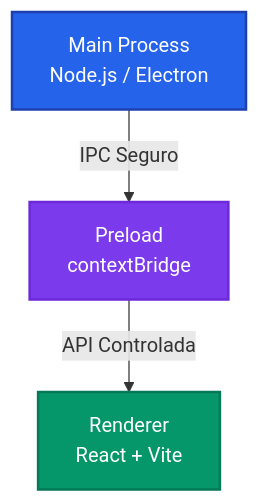
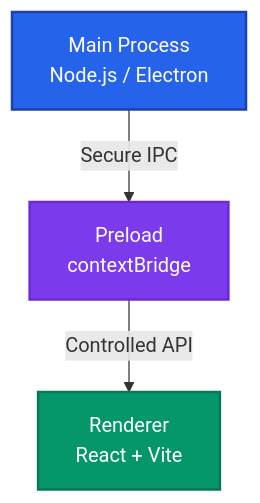
Before and after one commit to MohamedMusthaque/CeroCloud-Desktop: the first of 8 diagrams in docs/ARCHITECTURE.md, drawn with Mermaid. The commit also changed other lines of this file and 17 other files, not shown here.

````diff
--- a/docs/ARCHITECTURE.md
+++ b/docs/ARCHITECTURE.md
@@ -19,9 +19,9 @@
 ```mermaid
 graph TB
-    A[Main Process<br/>Node.js / Electron] -->|IPC Seguro| B[Preload<br/>contextBridge]
-    B -->|API Controlada| C[Renderer<br/>React + Vite]
+    A[Main Process<br/>Node.js / Electron] -->|Secure IPC| B[Preload<br/>contextBridge]
+    B -->|Controlled API| C[Renderer<br/>React + Vite]
     
     style A fill:#2563eb,stroke:#1e40af,stroke-width:2px,color:#fff
     style B fill:#7c3aed,stroke:#6d28d9,stroke-width:2px,color:#fff
     style C fill:#059669,stroke:#047857,stroke-width:2px,color:#fff
 ```
````
